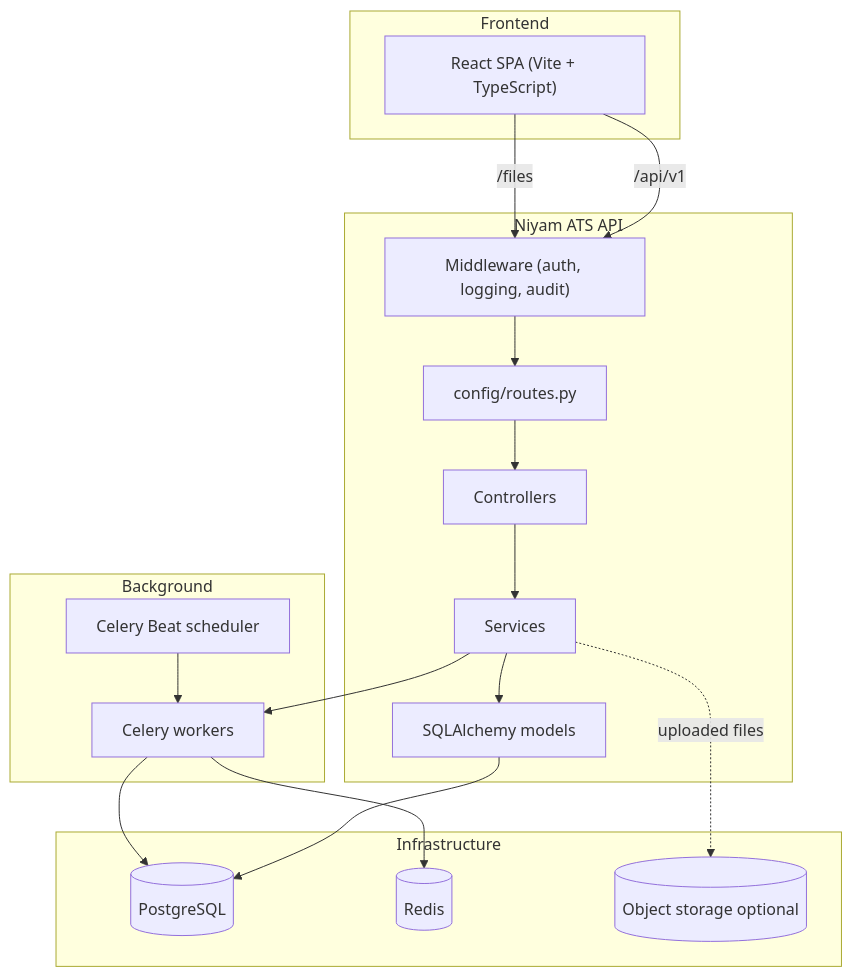
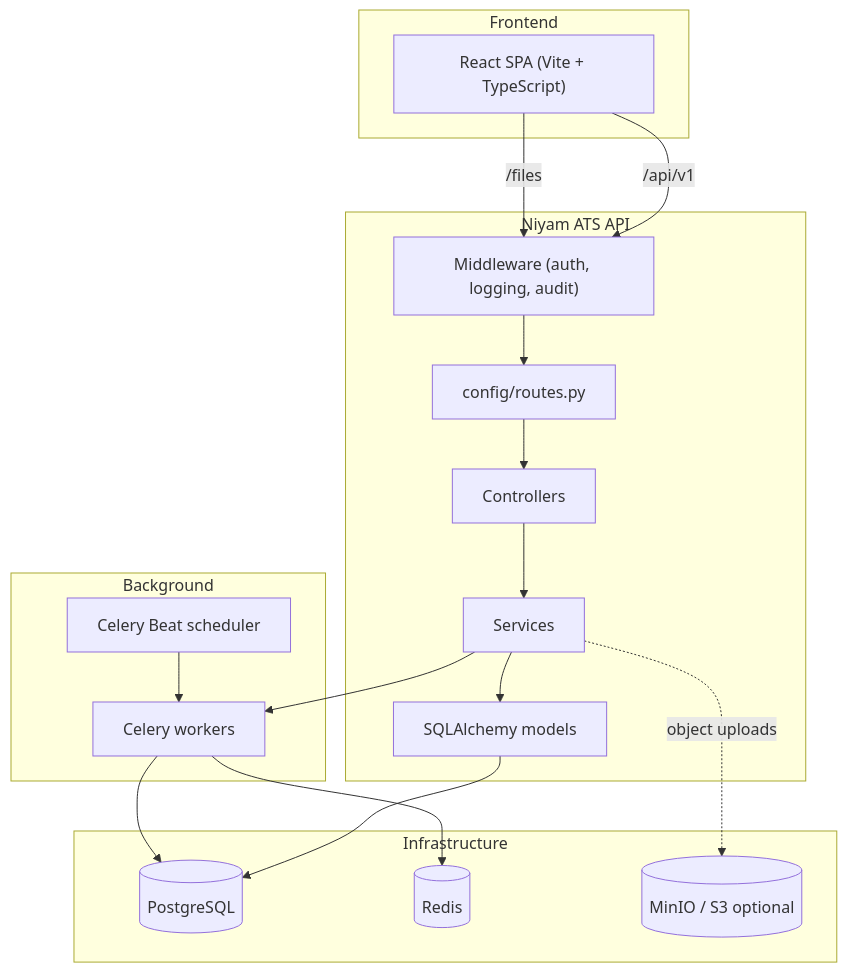
The diagram in README.md (imrohit4077/niyam), drawn with Mermaid before and after one commit. The commit also changed other lines of this file, not shown here.

Commit message:
docs: add MinIO badge and diagram node; mention MinIO in tech stack

````diff
--- a/README.md
+++ b/README.md
@@ -137,33 +138,33 @@
 ```mermaid
 flowchart TB
   subgraph Client["Frontend"]
     SPA["React SPA (Vite + TypeScript)"]
   end
 
   subgraph API["Niyam ATS API"]
     MW["Middleware (auth, logging, audit)"]
     RT["config/routes.py"]
     CT["Controllers"]
     SV["Services"]
     MD["SQLAlchemy models"]
   end
 
   subgraph Async["Background"]
     WK["Celery workers"]
     BT["Celery Beat scheduler"]
   end
 
   subgraph Data["Infrastructure"]
     PG[("PostgreSQL")]
     RD[("Redis")]
-    OBJ[("Object storage optional")]
+    MN[("MinIO / S3 optional")]
   end
 
   SPA -->|"/api/v1"| MW --> RT --> CT --> SV --> MD --> PG
-  SV -.->|uploaded files| OBJ
+  SV -.->|object uploads| MN
   SPA -->|"/files"| MW
   SV --> WK
   BT --> WK
   WK --> RD
   WK --> PG
 ```
````
